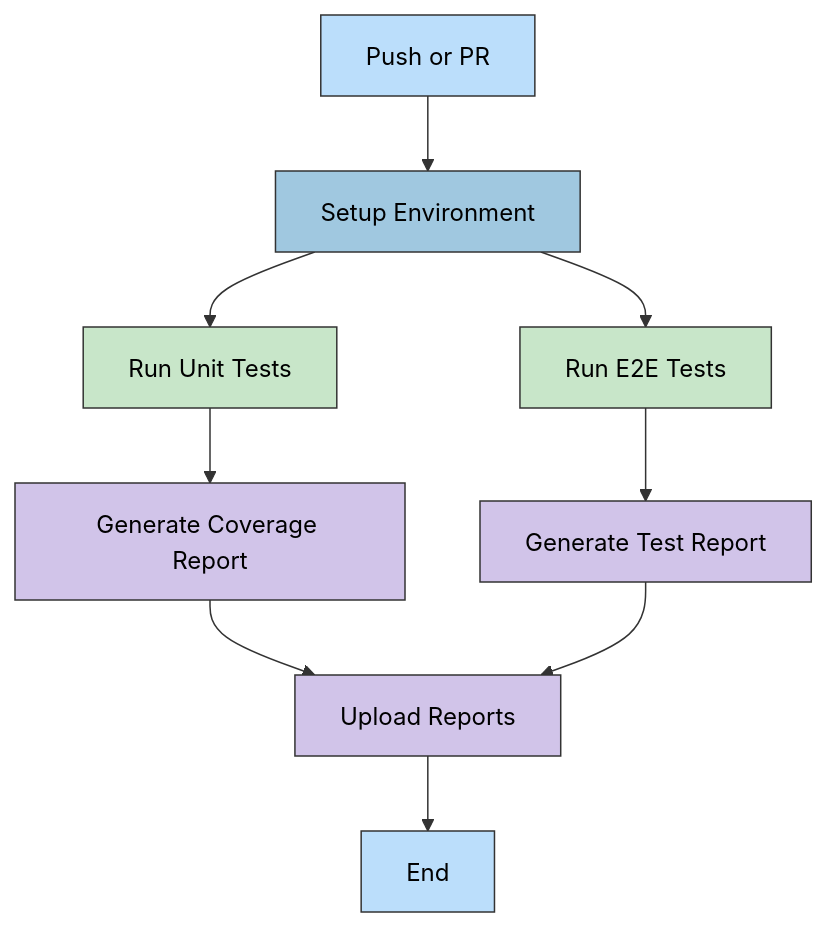
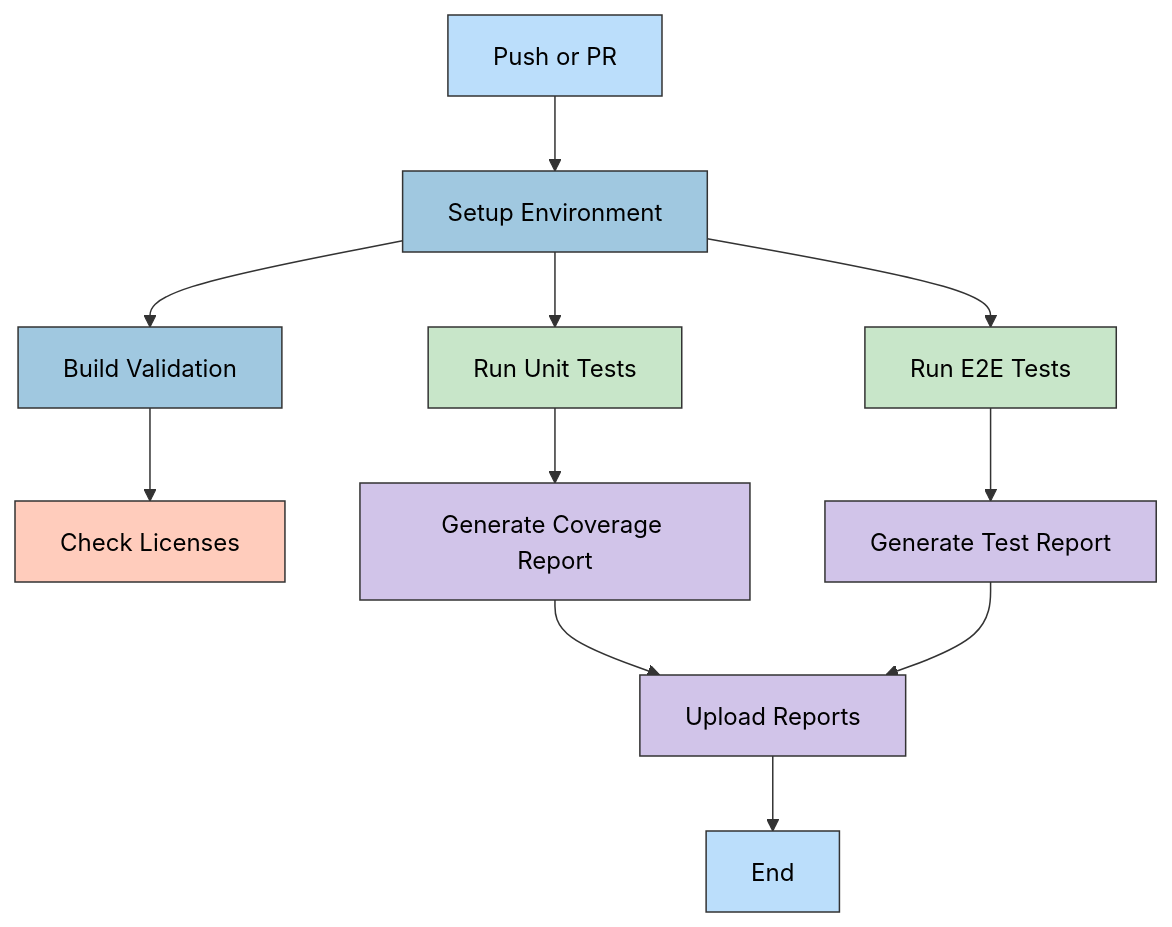
Before and after one commit to Hack23/cia-compliance-manager: the third of 6 diagrams in docs/architecture/WORKFLOWS.md, drawn with Mermaid. The commit also changed other lines of this file and 1 other file, not shown here.

````diff
--- a/docs/architecture/WORKFLOWS.md
+++ b/docs/architecture/WORKFLOWS.md
@@ -76,23 +111,27 @@
 ```mermaid
 flowchart TD
     Start[Push or PR] --> Prepare[Setup Environment]
+    Prepare --> BuildValidation[Build Validation]
+    BuildValidation --> LicenseCheck[Check Licenses]
     Prepare --> UnitTests[Run Unit Tests]
     Prepare --> E2ETests[Run E2E Tests]
     UnitTests --> Coverage[Generate Coverage Report]
     E2ETests --> TestReport[Generate Test Report]
     Coverage --> Upload[Upload Reports]
     TestReport --> Upload
     Upload --> End[End]
 
     %% Cool color styling
     classDef startNode fill:#bbdefb,stroke:#333,stroke-width:1px,color:black
     classDef processNode fill:#a0c8e0,stroke:#333,stroke-width:1px,color:black
     classDef testNode fill:#c8e6c9,stroke:#333,stroke-width:1px,color:black
     classDef reportNode fill:#d1c4e9,stroke:#333,stroke-width:1px,color:black
     classDef endNode fill:#86b5d9,stroke:#333,stroke-width:1px,color:black
+    classDef checkNode fill:#ffccbc,stroke:#333,stroke-width:1px,color:black
 
     class Start,End startNode
-    class Prepare processNode
+    class Prepare,BuildValidation processNode
     class UnitTests,E2ETests testNode
     class Coverage,TestReport,Upload reportNode
+    class LicenseCheck checkNode
 ```
````
